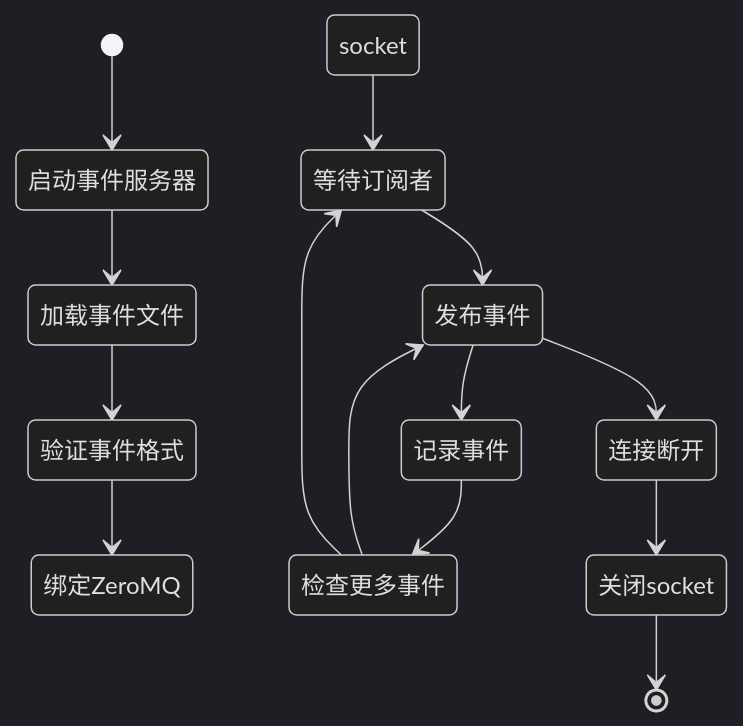
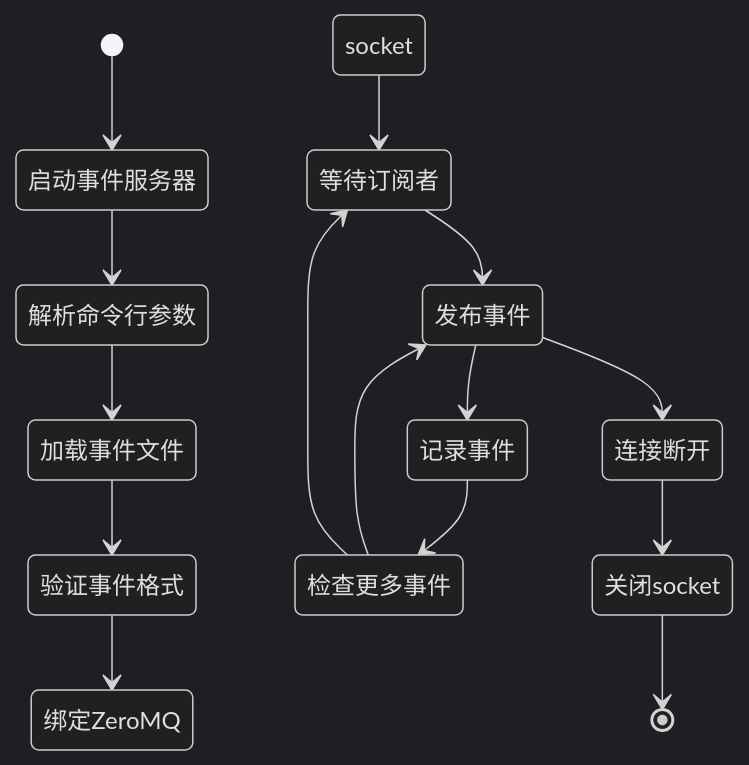
Before and after one commit to 1024dashen/Vue3Speech: diagram 13 of 16 in .qoder/repowiki/zh/content/后端服务架构/WebSocket实时处理.md, drawn with Mermaid (dark theme). The commit also changed other lines of this file and 15 other files, not shown here.

````diff
--- a/.qoder/repowiki/zh/content/后端服务架构/WebSocket实时处理.md
+++ b/.qoder/repowiki/zh/content/后端服务架构/WebSocket实时处理.md
@@ -825,16 +842,17 @@
 ```mermaid
 stateDiagram-v2
 [*] --> 启动事件服务器
-启动事件服务器 --> 加载事件文件
+启动事件服务器 --> 解析命令行参数
+解析命令行参数 --> 加载事件文件
 加载事件文件 --> 验证事件格式
 验证事件格式 --> 绑定ZeroMQ socket
 绑定ZeroMQ socket --> 等待订阅者
 等待订阅者 --> 发布事件
 发布事件 --> 记录事件
 记录事件 --> 检查更多事件
 检查更多事件 --> 发布事件
 检查更多事件 --> 等待订阅者
 发布事件 --> 连接断开
 连接断开 --> 关闭socket
 关闭socket --> [*]
 ```
````
